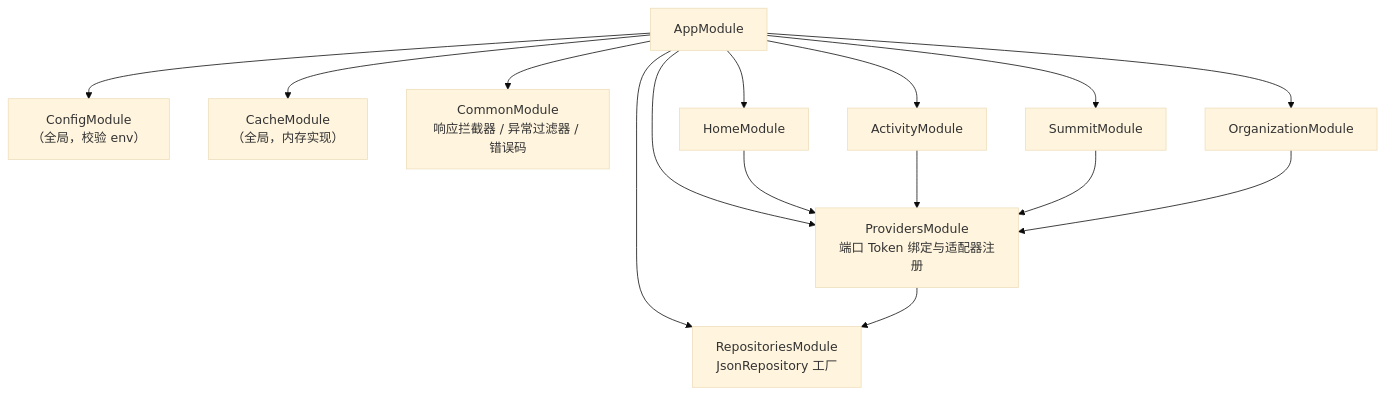
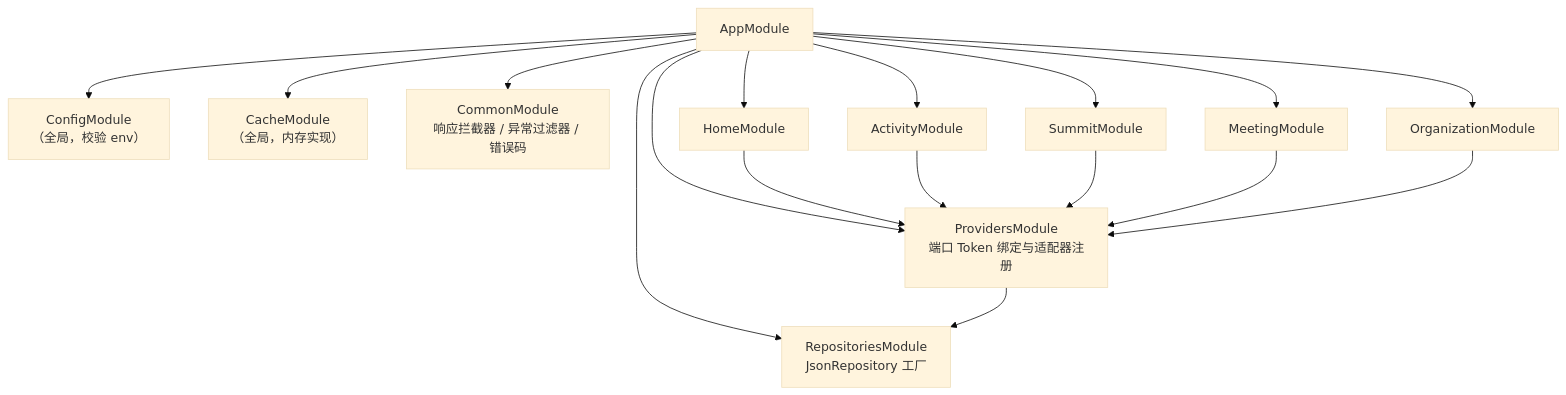
The first of 4 diagrams in docs/03-backend-design.md (XunliYang/openan-operation-insights), drawn with Mermaid (base theme) before and after one commit. The commit also changed other lines of this file and 46 other files, not shown here.

````diff
--- a/docs/03-backend-design.md
+++ b/docs/03-backend-design.md
@@ -26,19 +26,21 @@
 ```mermaid
 flowchart TB
   APP["AppModule"]
   APP --> CFG["ConfigModule<br/>（全局，校验 env）"]
   APP --> CACHE["CacheModule<br/>（全局，内存实现）"]
   APP --> COMMON["CommonModule<br/>响应拦截器 / 异常过滤器 / 错误码"]
   APP --> HOME["HomeModule"]
   APP --> ACT["ActivityModule"]
   APP --> MTG["SummitModule"]
+  APP --> MEETING["MeetingModule"]
   APP --> ORG["OrganizationModule"]
   APP --> PROV["ProvidersModule<br/>端口 Token 绑定与适配器注册"]
   APP --> REPO["RepositoriesModule<br/>JsonRepository 工厂"]
 
   HOME --> PROV
   ACT --> PROV
   MTG --> PROV
+  MEETING --> PROV
   ORG --> PROV
   PROV --> REPO
 ```
````
